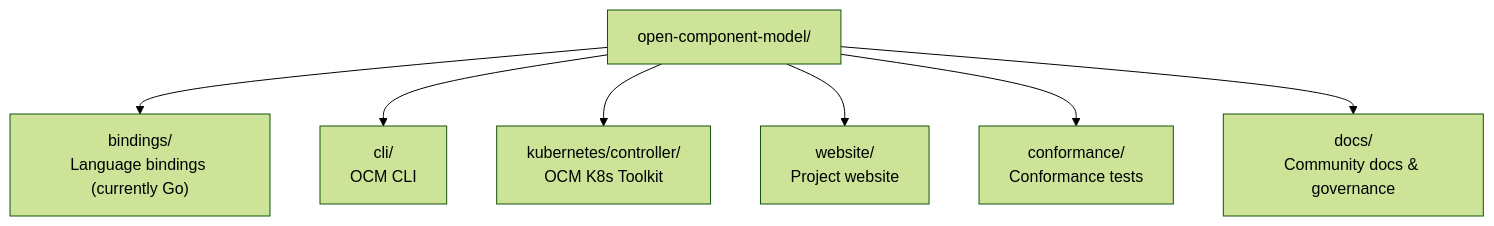
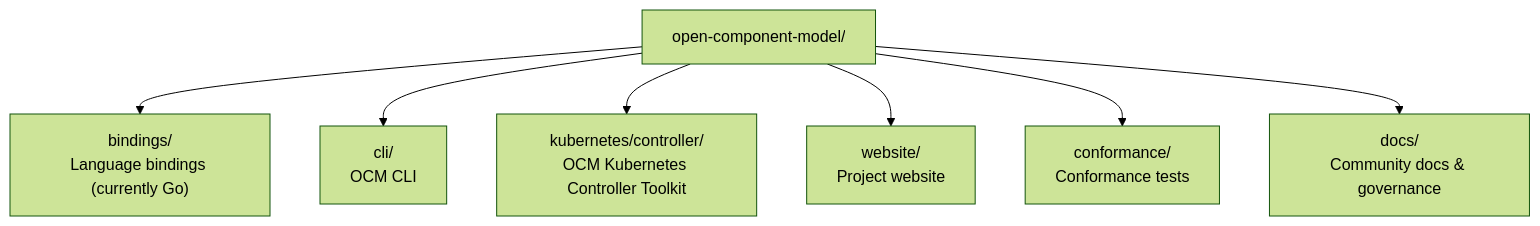
The first of 2 diagrams in website/content/community/onboarding.md (Skarlso/open-component-model), drawn with Mermaid (forest theme) before and after one commit. The commit also changed other lines of this file and 13 other files, not shown here.

````diff
--- a/website/content/community/onboarding.md
+++ b/website/content/community/onboarding.md
@@ -50,17 +71,17 @@
 ```mermaid
 graph TD
     Root["open-component-model/"]
     Bindings["bindings/\nLanguage bindings (currently Go)"]
     CLI["cli/\nOCM CLI"]
-    K8s["kubernetes/controller/\nOCM K8s Toolkit"]
+    K8s["kubernetes/controller/\nOCM Kubernetes Controller Toolkit"]
     Website["website/\nProject website"]
     Conformance["conformance/\nConformance tests"]
     Docs["docs/\nCommunity docs & governance"]
 
     Root --> Bindings
     Root --> CLI
     Root --> K8s
     Root --> Website
     Root --> Conformance
     Root --> Docs
 ```
````
